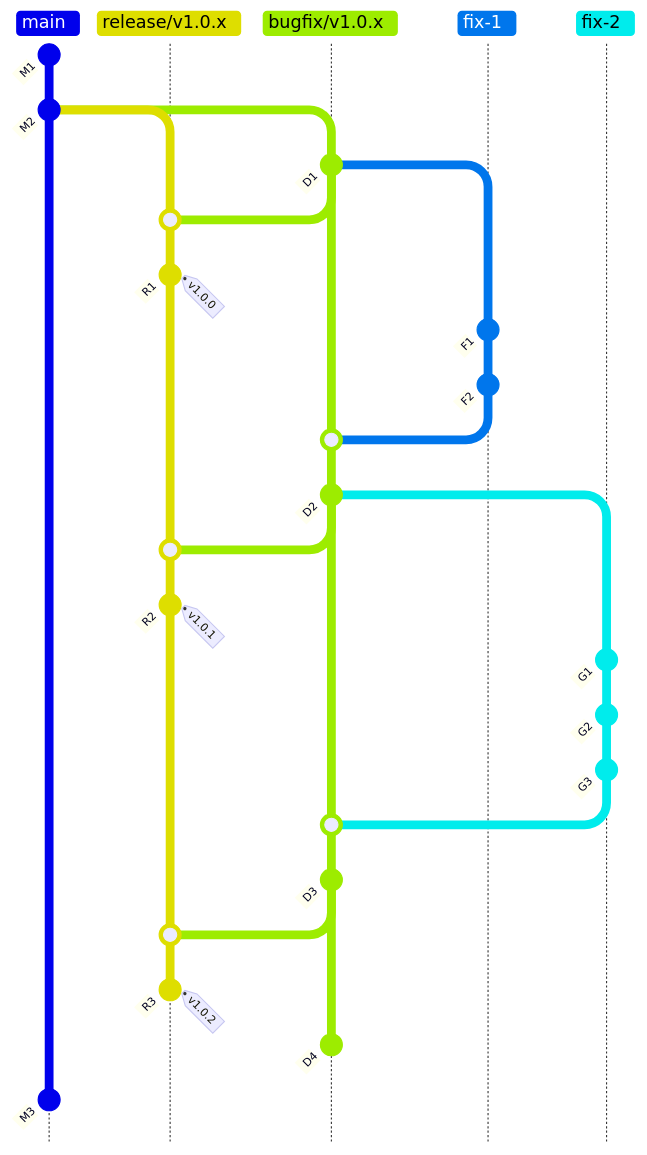
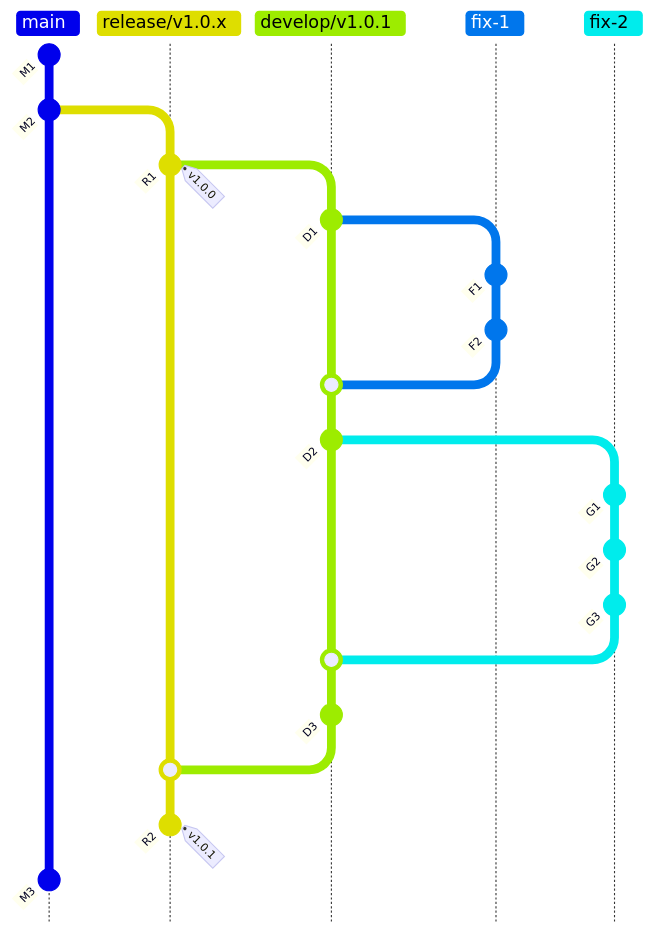
Before and after one commit to CosmWasm/maintainers: the third of 3 diagrams in docs/development/development-process.md, drawn with Mermaid.

````diff
--- a/docs/development/development-process.md
+++ b/docs/development/development-process.md
@@ -76,37 +76,29 @@
 ```mermaid
 gitGraph TB:
        commit id:"M1"
        commit id:"M2"
-       branch bugfix/v1.0.x order: 2
-       branch release/v1.0.x order: 1
-       checkout bugfix/v1.0.x
+       branch release/v1.0.x
+       commit id:"R1" tag:"v1.0.0"
+       branch develop/v1.0.1
+       checkout develop/v1.0.1
        commit id:"D1"
-       checkout release/v1.0.x
-       merge bugfix/v1.0.x
-       commit id:"R1" tag:"v1.0.0"
-       checkout bugfix/v1.0.x
-       branch fix-1 order: 3
+       branch fix-1
        commit id:"F1"
        commit id:"F2"
-       checkout bugfix/v1.0.x
+       checkout develop/v1.0.1
        merge fix-1
        commit id:"D2"
-       checkout release/v1.0.x
-       merge bugfix/v1.0.x
-       commit id:"R2" tag:"v1.0.1"
-       checkout bugfix/v1.0.x
-       branch fix-2 order: 4
+       checkout develop/v1.0.1
+       branch fix-2
        commit id:"G1"
        commit id:"G2"
        commit id:"G3"
-       checkout bugfix/v1.0.x
+       checkout develop/v1.0.1
        merge fix-2
        commit id:"D3"
        checkout release/v1.0.x
-       merge bugfix/v1.0.x
-       commit id:"R3" tag:"v1.0.2"
-       checkout bugfix/v1.0.x
-       commit id:"D4"
+       merge develop/v1.0.1
+       commit id:"R2" tag:"v1.0.1"
        checkout main
        commit id:"M3"
 ```
````
